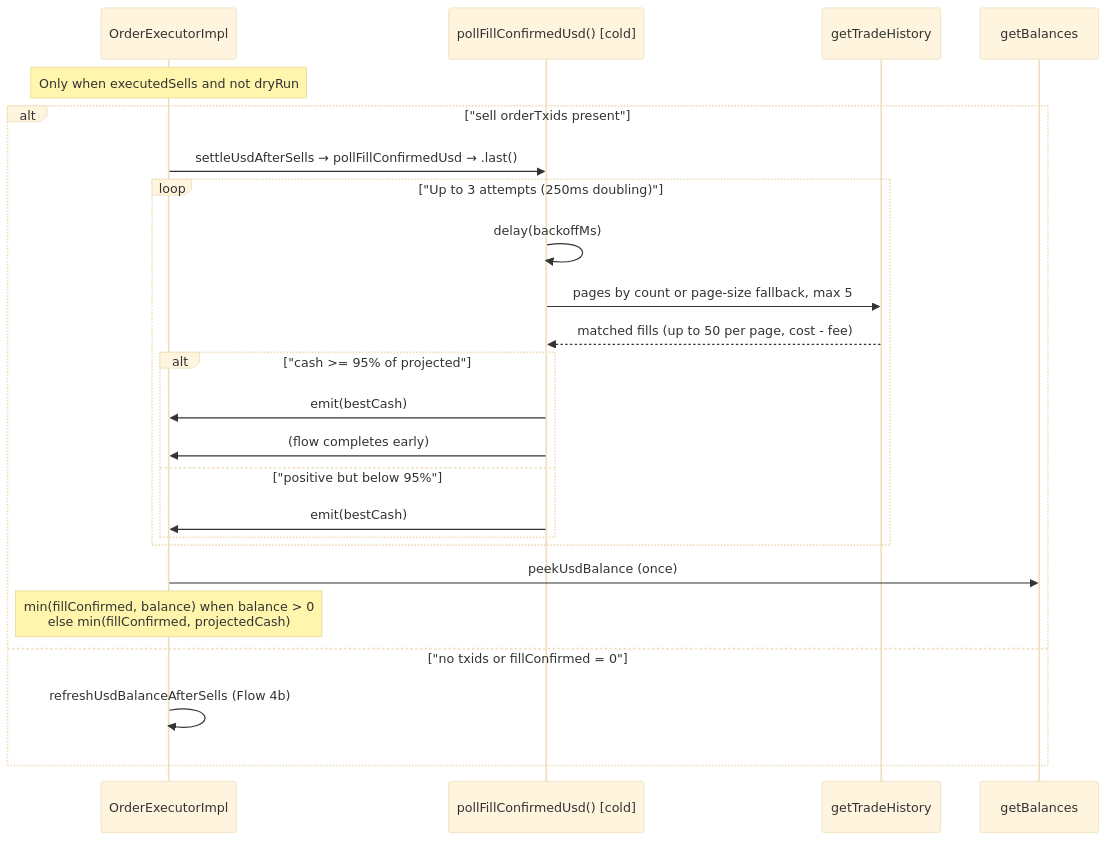
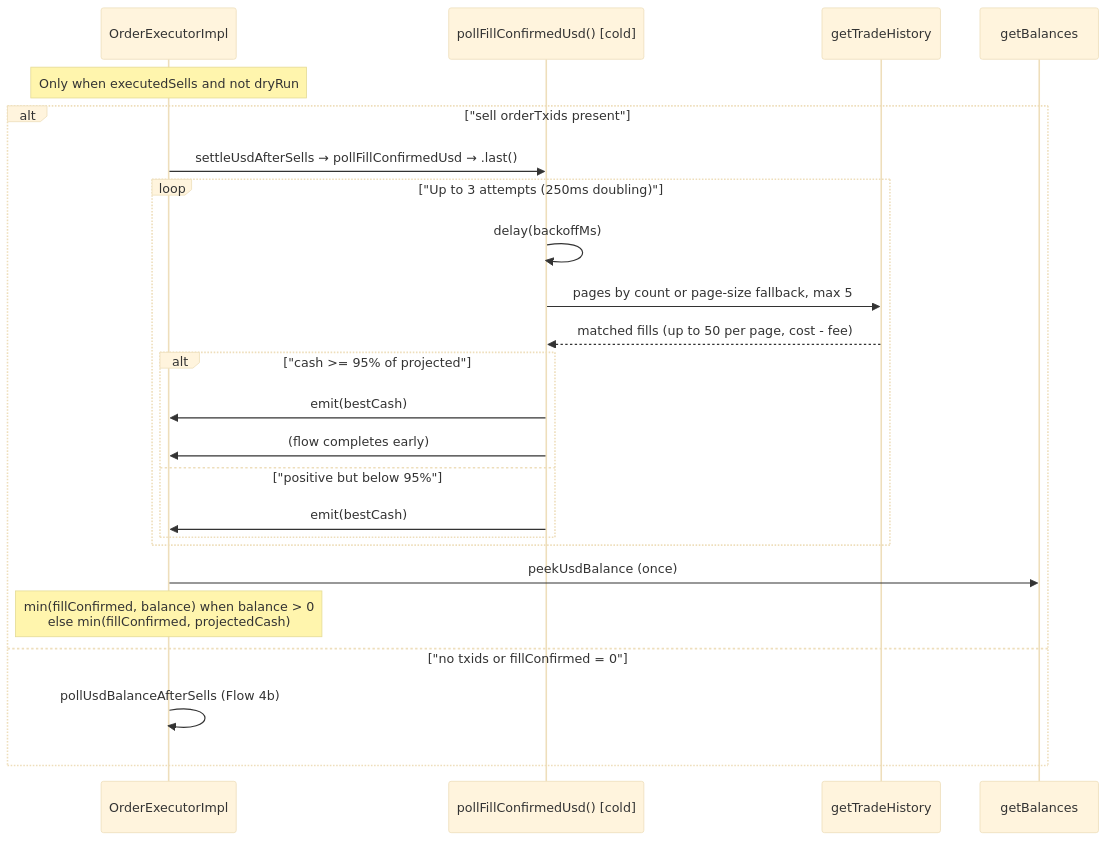
The fifth of 6 diagrams in docs/FLOWS.md (HyperVon/new-kraken-rebalancer), drawn with Mermaid (base theme) before and after one commit. The commit also changed other lines of this file and 39 other files, not shown here.

````diff
--- a/docs/FLOWS.md
+++ b/docs/FLOWS.md
@@ -271,27 +273,27 @@
 ```mermaid
 sequenceDiagram
     participant OE as OrderExecutorImpl
     participant Fill as pollFillConfirmedUsd() [cold]
     participant Hist as getTradeHistory
     participant Bal as getBalances
 
     note over OE: Only when executedSells and not dryRun
     alt "sell orderTxids present"
         OE->>Fill: settleUsdAfterSells → pollFillConfirmedUsd → .last()
         loop "Up to 3 attempts (250ms doubling)"
             Fill->>Fill: delay(backoffMs)
             Fill->>Hist: pages by count or page-size fallback, max 5
             Hist-->>Fill: matched fills (up to 50 per page, cost - fee)
             alt "cash >= 95% of projected"
                 Fill->>OE: emit(bestCash)
                 Fill->>OE: (flow completes early)
             else "positive but below 95%"
                 Fill->>OE: emit(bestCash)
             end
         end
         OE->>Bal: peekUsdBalance (once)
         note over OE: min(fillConfirmed, balance) when balance > 0<br/>else min(fillConfirmed, projectedCash)
     else "no txids or fillConfirmed = 0"
-        OE->>OE: refreshUsdBalanceAfterSells (Flow 4b)
+        OE->>OE: pollUsdBalanceAfterSells (Flow 4b)
     end
 ```
````
